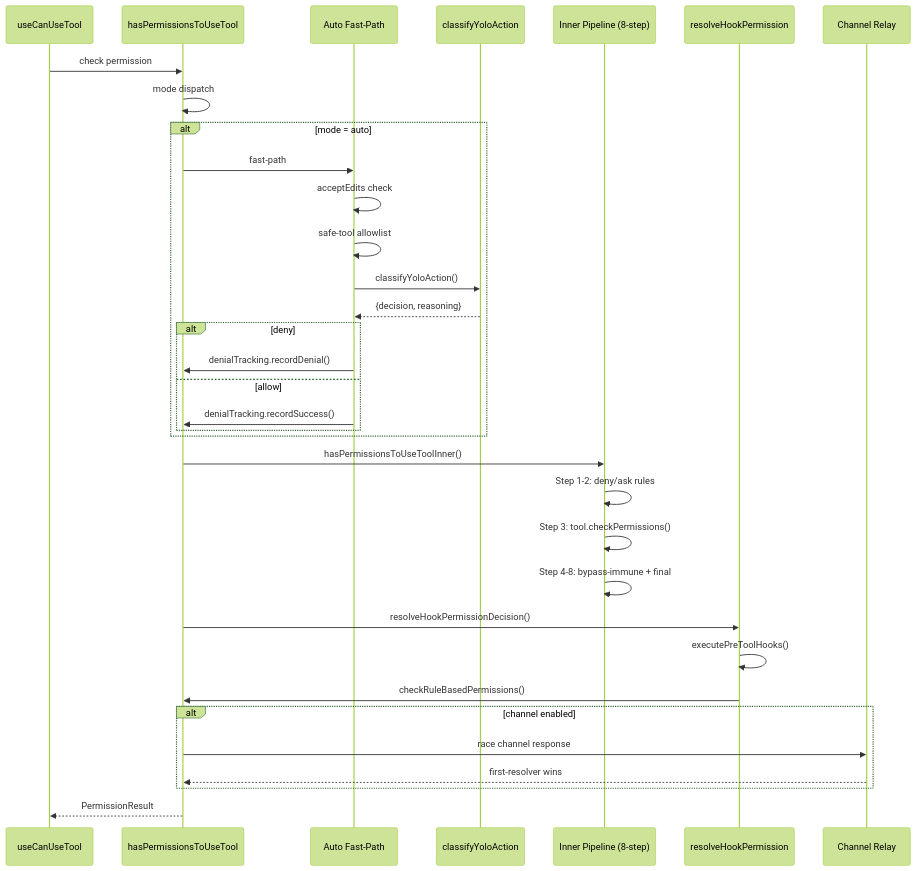
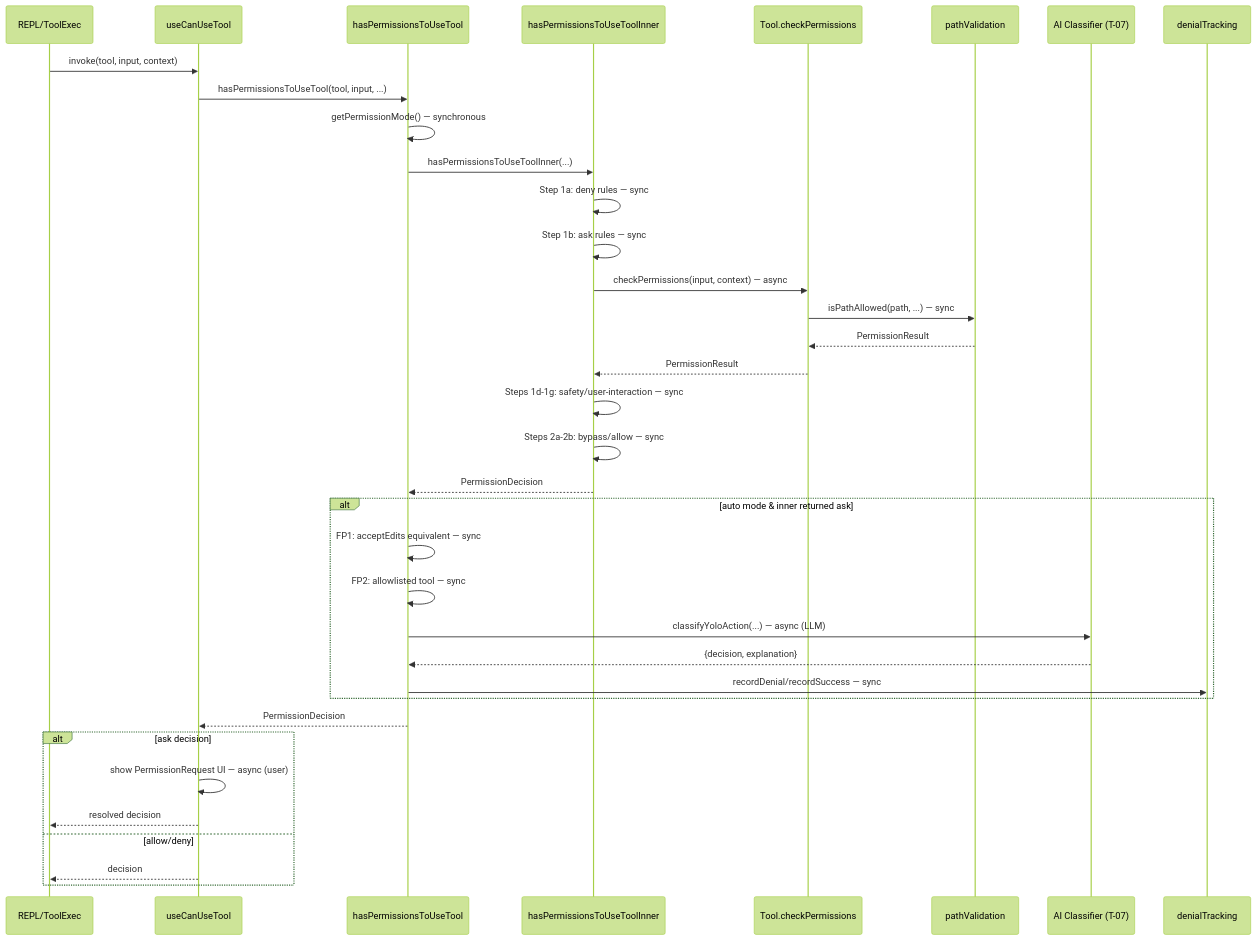
Before and after one commit to LiuYuuChen/clawcode_analysis: the fifth of 8 diagrams in branches/main/task-analyses/T-06-permission-rules.md, drawn with Mermaid (forest theme). The commit also changed other lines of this file and 137 other files, not shown here.

````diff
--- a/branches/main/task-analyses/T-06-permission-rules.md
+++ b/branches/main/task-analyses/T-06-permission-rules.md
@@ -370,42 +634,39 @@
 ```mermaid
 sequenceDiagram
-    participant TUI as useCanUseTool
+    participant REPL as REPL/ToolExec
+    participant UCU as useCanUseTool
     participant PERM as hasPermissionsToUseTool
-    participant AUTO as Auto Fast-Path
-    participant AI as classifyYoloAction
-    participant INNER as Inner Pipeline (8-step)
-    participant HOOK as resolveHookPermission
-    participant CHAN as Channel Relay
+    participant Inner as hasPermissionsToUseToolInner
+    participant Tool as Tool.checkPermissions
+    participant PV as pathValidation
+    participant CLS as AI Classifier (T-07)
+    participant DT as denialTracking
 
-    TUI->>PERM: check permission
-    PERM->>PERM: mode dispatch
-
-    alt mode = auto
-        PERM->>AUTO: fast-path
-        AUTO->>AUTO: acceptEdits check
-        AUTO->>AUTO: safe-tool allowlist
-        AUTO->>AI: classifyYoloAction()
-        AI-->>AUTO: {decision, reasoning}
-        alt deny
-            AUTO->>PERM: denialTracking.recordDenial()
-        else allow
-            AUTO->>PERM: denialTracking.recordSuccess()
-        end
+    REPL->>UCU: invoke(tool, input, context)
+    UCU->>PERM: hasPermissionsToUseTool(tool, input, ...)
+    PERM->>PERM: getPermissionMode() — synchronous
+    PERM->>Inner: hasPermissionsToUseToolInner(...)
+    Inner->>Inner: Step 1a: deny rules — sync
+    Inner->>Inner: Step 1b: ask rules — sync
+    Inner->>Tool: checkPermissions(input, context) — async
+    Tool->>PV: isPathAllowed(path, ...) — sync
+    PV-->>Tool: PermissionResult
+    Tool-->>Inner: PermissionResult
+    Inner->>Inner: Steps 1d-1g: safety/user-interaction — sync
+    Inner->>Inner: Steps 2a-2b: bypass/allow — sync
+    Inner-->>PERM: PermissionDecision
+    alt auto mode & inner returned ask
+        PERM->>PERM: FP1: acceptEdits equivalent — sync
+        PERM->>PERM: FP2: allowlisted tool — sync
+        PERM->>CLS: classifyYoloAction(...) — async (LLM)
+        CLS-->>PERM: {decision, explanation}
+        PERM->>DT: recordDenial/recordSuccess — sync
     end
-
-    PERM->>INNER: hasPermissionsToUseToolInner()
-    INNER->>INNER: Step 1-2: deny/ask rules
-    INNER->>INNER: Step 3: tool.checkPermissions()
-    INNER->>INNER: Step 4-8: bypass-immune + final
-
-    PERM->>HOOK: resolveHookPermissionDecision()
-    HOOK->>HOOK: executePreToolHooks()
-    HOOK->>PERM: checkRuleBasedPermissions()
-
-    alt channel enabled
-        PERM->>CHAN: race channel response
-        CHAN-->>PERM: first-resolver wins
+    PERM-->>UCU: PermissionDecision
+    alt ask decision
+        UCU->>UCU: show PermissionRequest UI — async (user)
+        UCU-->>REPL: resolved decision
+    else allow/deny
+        UCU-->>REPL: decision
     end
-
-    PERM-->>TUI: PermissionResult
 ```
````
